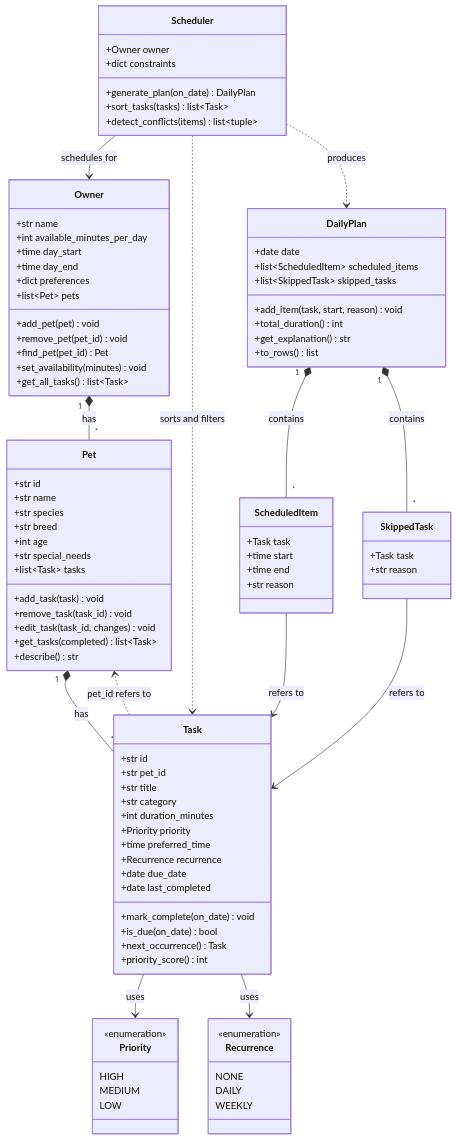
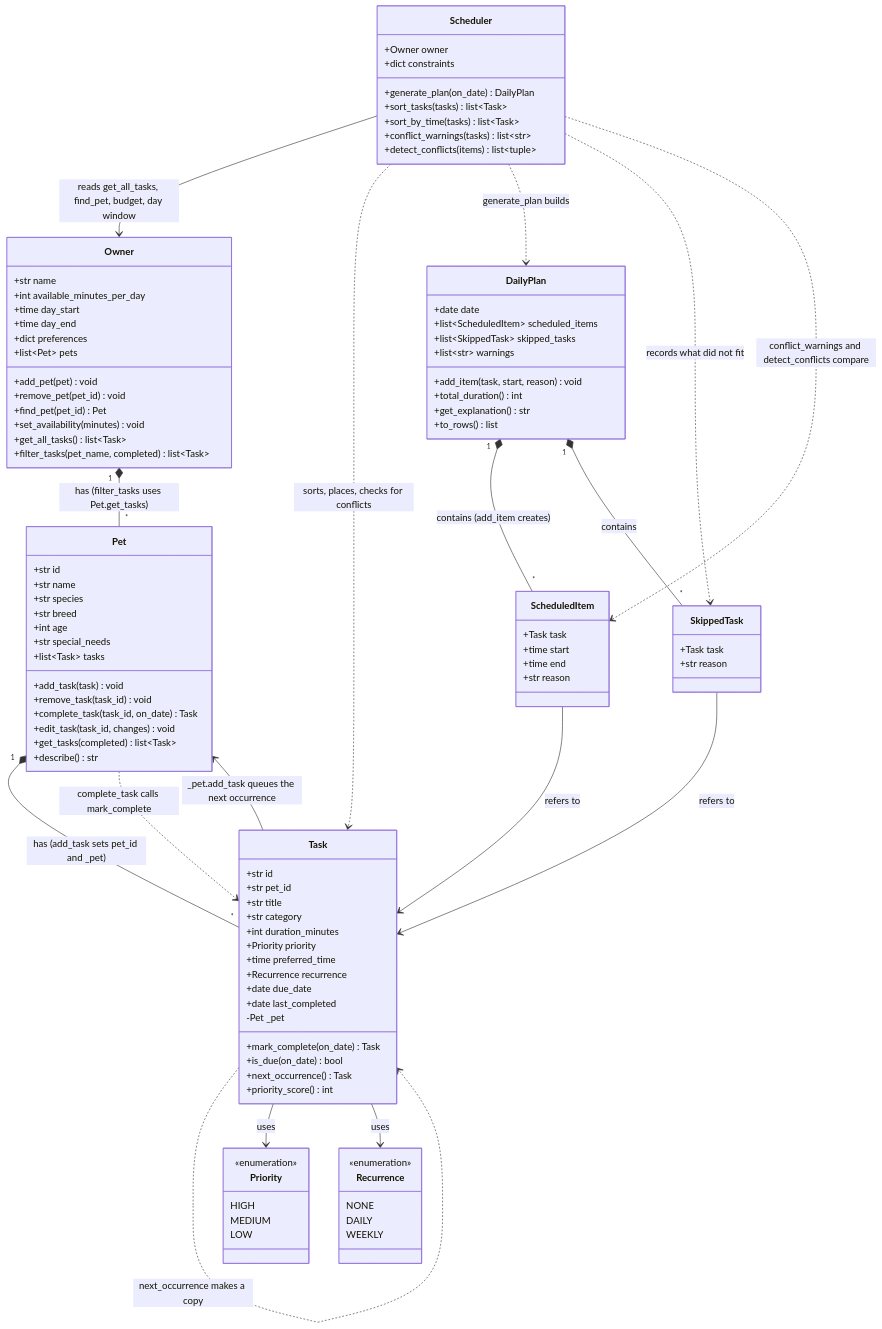
One commit to karensprojects22/ai110-module2show-pawpal-starter changed the diagram in diagrams/uml.mmd. Above: the diagram before and after it, drawn with Mermaid. The commit also changed 1 other file, not shown here.

Commit message:
docs: update UML to match final code and add uml_final.mmd
Add the methods and fields built since the draft (sort_by_time,
conflict_warnings, complete_task, filter_tasks, DailyPlan.warnings, the
Task back-reference) and label the relationships with how the classes
call each other.

```diff
--- a/diagrams/uml.mmd
+++ b/diagrams/uml.mmd
@@ -1,103 +1,113 @@
 classDiagram
     class Priority {
         <<enumeration>>
         HIGH
         MEDIUM
         LOW
     }
 
     class Recurrence {
         <<enumeration>>
         NONE
         DAILY
         WEEKLY
     }
 
     class Owner {
         +str name
         +int available_minutes_per_day
         +time day_start
         +time day_end
         +dict preferences
         +list~Pet~ pets
         +add_pet(pet) void
         +remove_pet(pet_id) void
         +find_pet(pet_id) Pet
         +set_availability(minutes) void
         +get_all_tasks() list~Task~
+        +filter_tasks(pet_name, completed) list~Task~
     }
 
     class Pet {
         +str id
         +str name
         +str species
         +str breed
         +int age
         +str special_needs
         +list~Task~ tasks
         +add_task(task) void
         +remove_task(task_id) void
+        +complete_task(task_id, on_date) Task
         +edit_task(task_id, changes) void
         +get_tasks(completed) list~Task~
         +describe() str
     }
 
     class Task {
         +str id
         +str pet_id
         +str title
         +str category
         +int duration_minutes
         +Priority priority
         +time preferred_time
         +Recurrence recurrence
         +date due_date
         +date last_completed
-        +mark_complete(on_date) void
+        -Pet _pet
+        +mark_complete(on_date) Task
         +is_due(on_date) bool
         +next_occurrence() Task
         +priority_score() int
     }
 
     class Scheduler {
         +Owner owner
         +dict constraints
         +generate_plan(on_date) DailyPlan
         +sort_tasks(tasks) list~Task~
+        +sort_by_time(tasks) list~Task~
+        +conflict_warnings(tasks) list~str~
         +detect_conflicts(items) list~tuple~
     }
 
     class ScheduledItem {
         +Task task
         +time start
         +time end
         +str reason
     }
 
     class SkippedTask {
         +Task task
         +str reason
     }
 
     class DailyPlan {
         +date date
         +list~ScheduledItem~ scheduled_items
         +list~SkippedTask~ skipped_tasks
+        +list~str~ warnings
         +add_item(task, start, reason) void
         +total_duration() int
         +get_explanation() str
         +to_rows() list
     }
 
-    Owner "1" *-- "*" Pet : has
-    Pet "1" *-- "*" Task : has
-    Task ..> Pet : pet_id refers to
+    Owner "1" *-- "*" Pet : has (filter_tasks uses Pet.get_tasks)
+    Pet "1" *-- "*" Task : has (add_task sets pet_id and _pet)
+    Pet ..> Task : complete_task calls mark_complete
+    Task --> Pet : _pet.add_task queues the next occurrence
+    Task ..> Task : next_occurrence makes a copy
     Task --> Priority : uses
     Task --> Recurrence : uses
-    Scheduler --> Owner : schedules for
-    Scheduler ..> Task : sorts and filters
-    Scheduler ..> DailyPlan : produces
-    DailyPlan "1" *-- "*" ScheduledItem : contains
+    Scheduler --> Owner : reads get_all_tasks, find_pet, budget, day window
+    Scheduler ..> Task : sorts, places, checks for conflicts
+    Scheduler ..> DailyPlan : generate_plan builds
+    Scheduler ..> SkippedTask : records what did not fit
+    Scheduler ..> ScheduledItem : conflict_warnings and detect_conflicts compare
+    DailyPlan "1" *-- "*" ScheduledItem : contains (add_item creates)
     DailyPlan "1" *-- "*" SkippedTask : contains
     ScheduledItem --> Task : refers to
     SkippedTask --> Task : refers to
```
